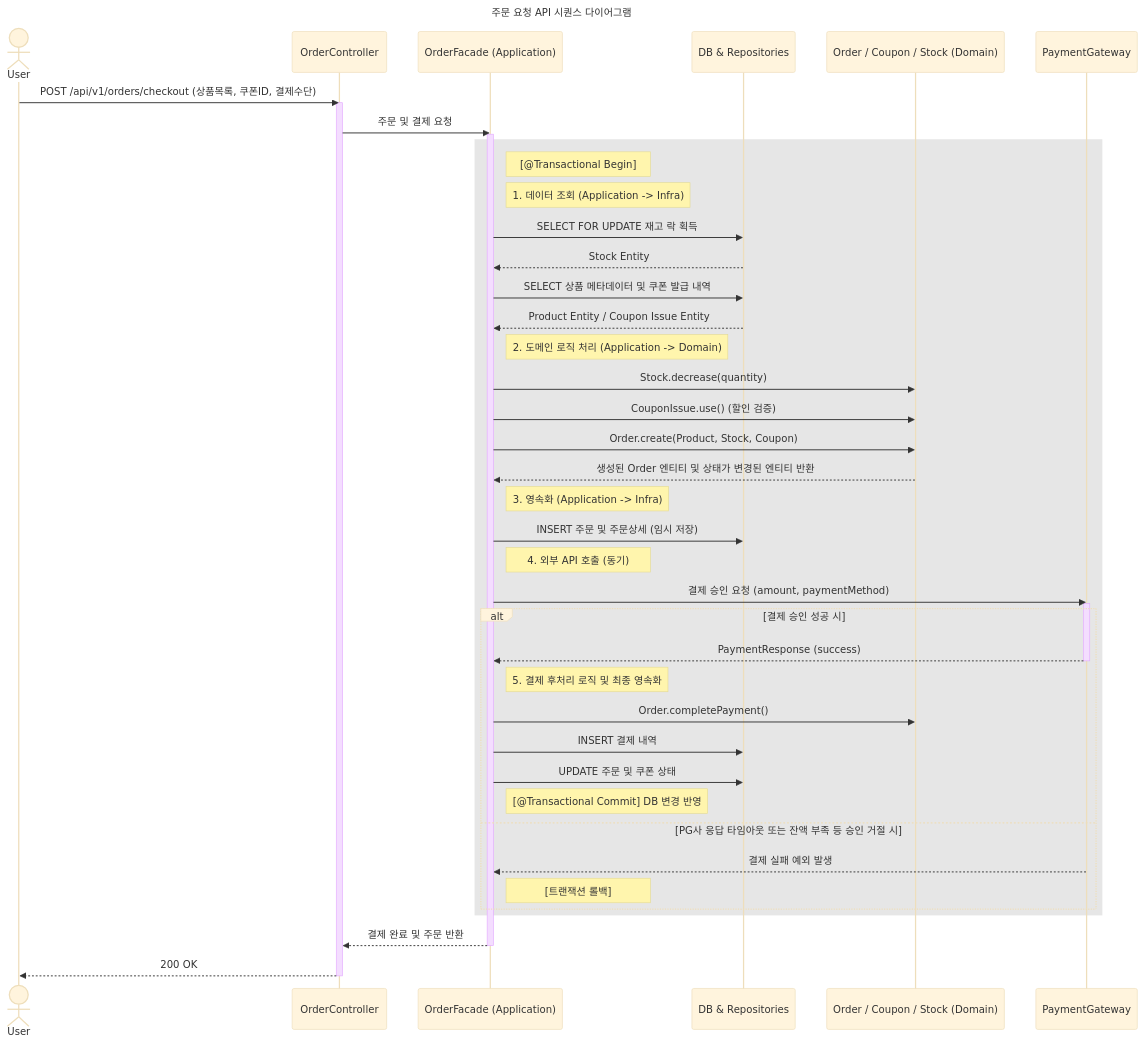
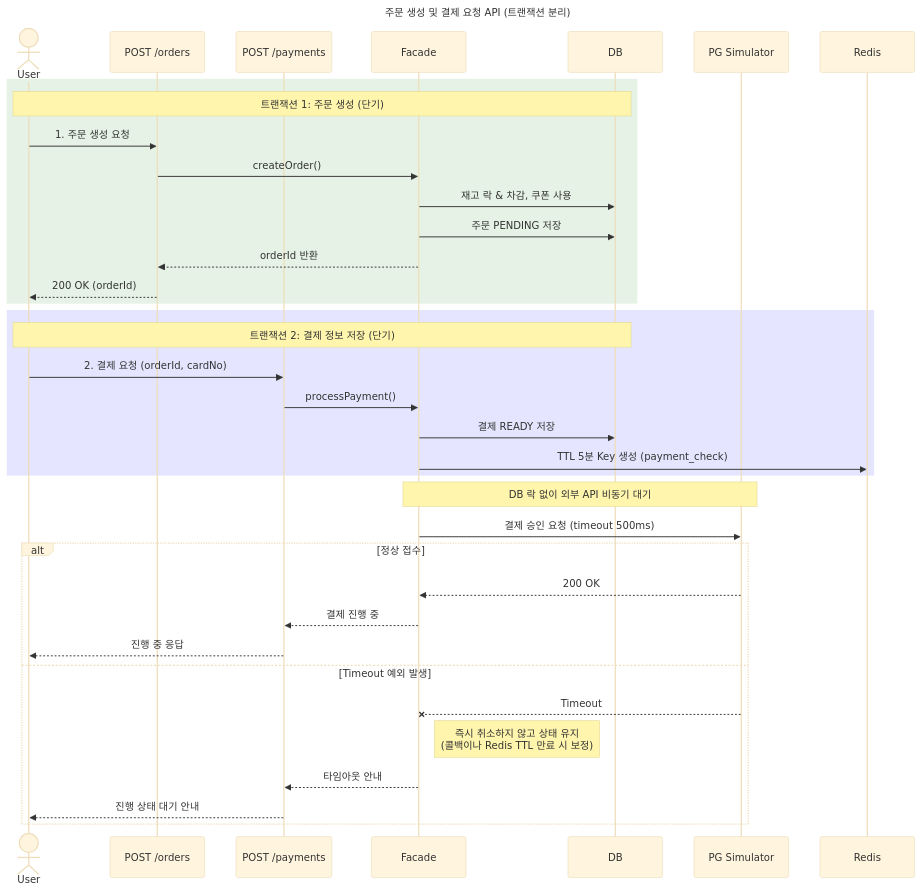
Before and after one commit to loopers-labs/loop-pack-be-l2-vol4-java: the first of 7 diagrams in docs/week2/02-sequence-diagrams.md, drawn with Mermaid (base theme). The commit also changed other lines of this file and 3 other files, not shown here.

````diff
--- a/docs/week2/02-sequence-diagrams.md
+++ b/docs/week2/02-sequence-diagrams.md
@@ -1,59 +1,45 @@
 ```mermaid
 sequenceDiagram
-    title 주문 요청 API 시퀀스 다이어그램
+    title 주문 생성 및 결제 요청 API (트랜잭션 분리)
     actor User
-    participant Controller as OrderController
-    participant Facade as OrderFacade (Application)
-    participant Repo as DB & Repositories
-    participant Domain as Order / Coupon / Stock (Domain)
-    participant PG as PaymentGateway
+    participant OrderAPI as POST /orders
+    participant PaymentAPI as POST /payments
+    participant Facade as Facade
+    participant DB
+    participant PG as PG Simulator
+    participant Redis
 
-    User->>Controller: POST /api/v1/orders/checkout (상품목록, 쿠폰ID, 결제수단)
-    activate Controller
-
-    Controller->>Facade: 주문 및 결제 요청
-    activate Facade
-
-    rect rgba(128, 128, 128, 0.2)
-        Note right of Facade: [@Transactional Begin]
-
-        Note right of Facade: 1. 데이터 조회 (Application -> Infra)
-        Facade->>Repo: SELECT FOR UPDATE 재고 락 획득
-        Repo-->>Facade: Stock Entity
-        Facade->>Repo: SELECT 상품 메타데이터 및 쿠폰 발급 내역
-        Repo-->>Facade: Product Entity / Coupon Issue Entity
-
-        Note right of Facade: 2. 도메인 로직 처리 (Application -> Domain)
-        Facade->>Domain: Stock.decrease(quantity)
-        Facade->>Domain: CouponIssue.use() (할인 검증)
-        Facade->>Domain: Order.create(Product, Stock, Coupon)
-        Domain-->>Facade: 생성된 Order 엔티티 및 상태가 변경된 엔티티 반환
-
-        Note right of Facade: 3. 영속화 (Application -> Infra)
-        Facade->>Repo: INSERT 주문 및 주문상세 (임시 저장)
-        
-        Note right of Facade: 4. 외부 API 호출 (동기)
-        Facade->>PG: 결제 승인 요청 (amount, paymentMethod)
-        activate PG
-        
-        alt 결제 승인 성공 시
-            PG-->>Facade: PaymentResponse (success)
-            deactivate PG
-
-            Note right of Facade: 5. 결제 후처리 로직 및 최종 영속화
-            Facade->>Domain: Order.completePayment()
-            Facade->>Repo: INSERT 결제 내역
-            Facade->>Repo: UPDATE 주문 및 쿠폰 상태
-
-            Note right of Facade: [@Transactional Commit] DB 변경 반영
-        else PG사 응답 타임아웃 또는 잔액 부족 등 승인 거절 시
-            PG-->>Facade: 결제 실패 예외 발생
-            Note right of Facade: [트랜잭션 롤백] 
-        end
+    %% 1단계: 주문 생성
+    rect rgba(0, 128, 0, 0.1)
+        Note over User, DB: 트랜잭션 1: 주문 생성 (단기)
+        User->>OrderAPI: 1. 주문 생성 요청
+        OrderAPI->>Facade: createOrder()
+        Facade->>DB: 재고 락 & 차감, 쿠폰 사용
+        Facade->>DB: 주문 PENDING 저장
+        Facade-->>OrderAPI: orderId 반환
+        OrderAPI-->>User: 200 OK (orderId)
     end
 
-    Facade-->>Controller: 결제 완료 및 주문 반환
-    deactivate Facade
-    Controller-->>User: 200 OK
-    deactivate Controller
+    %% 2단계: 결제 요청
+    rect rgba(0, 0, 255, 0.1)
+        Note over User, DB: 트랜잭션 2: 결제 정보 저장 (단기)
+        User->>PaymentAPI: 2. 결제 요청 (orderId, cardNo)
+        PaymentAPI->>Facade: processPayment()
+        Facade->>DB: 결제 READY 저장
+        Facade->>Redis: TTL 5분 Key 생성 (payment_check)
+    end
+    
+    Note over Facade, PG: DB 락 없이 외부 API 비동기 대기
+    Facade->>PG: 결제 승인 요청 (timeout 500ms)
+    
+    alt 정상 접수
+        PG-->>Facade: 200 OK
+        Facade-->>PaymentAPI: 결제 진행 중
+        PaymentAPI-->>User: 진행 중 응답
+    else Timeout 예외 발생
+        PG--xFacade: Timeout
+        Note right of Facade: 즉시 취소하지 않고 상태 유지<br>(콜백이나 Redis TTL 만료 시 보정)
+        Facade-->>PaymentAPI: 타임아웃 안내
+        PaymentAPI-->>User: 진행 상태 대기 안내
+    end
 ```
````
